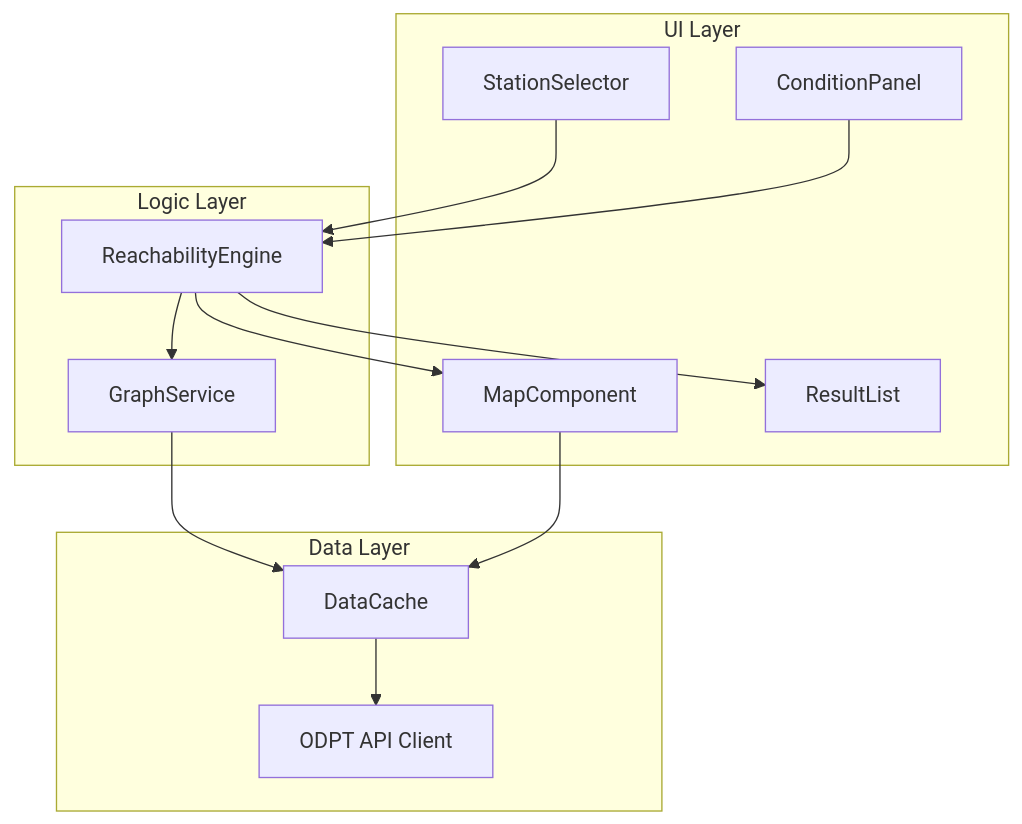
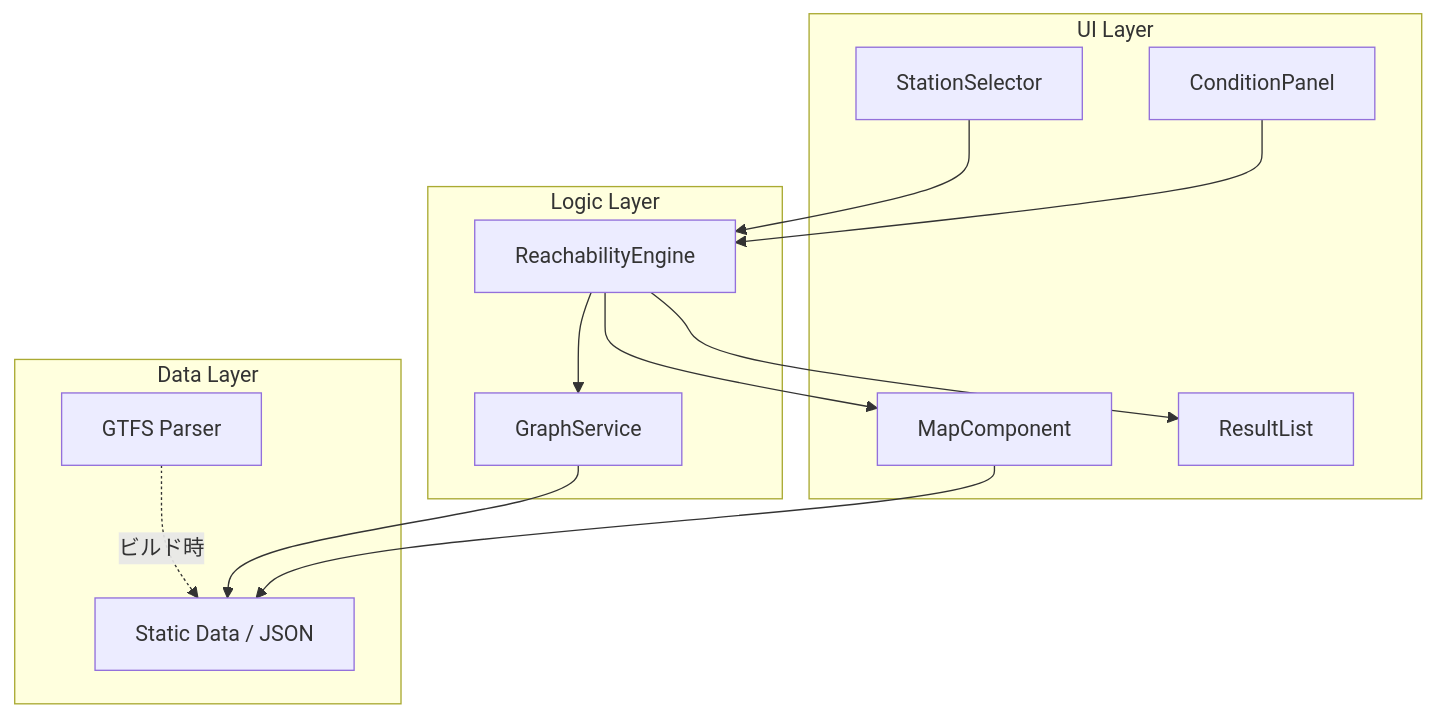
One commit to towanoah-kafc12/station_search changed the first of 2 diagrams in .kiro/specs/station-reachability-map/design.md. Above: the diagram before and after it, drawn with Mermaid. The commit also changed other lines of this file and 2 other files, not shown here.

````diff
--- a/.kiro/specs/station-reachability-map/design.md
+++ b/.kiro/specs/station-reachability-map/design.md
@@ -41,28 +42,28 @@
 ```mermaid
 graph TB
     subgraph UI Layer
         SS[StationSelector]
         CP[ConditionPanel]
         MC[MapComponent]
         RL[ResultList]
     end
 
     subgraph Logic Layer
         RE[ReachabilityEngine]
         GS[GraphService]
     end
 
     subgraph Data Layer
-        AC[ODPT API Client]
-        DC[DataCache]
+        GP[GTFS Parser]
+        SD[Static Data / JSON]
     end
 
     SS --> RE
     CP --> RE
     RE --> GS
-    GS --> DC
-    DC --> AC
+    GS --> SD
+    GP -.->|ビルド時| SD
     RE --> MC
     RE --> RL
-    MC --> DC
+    MC --> SD
 ```
````
